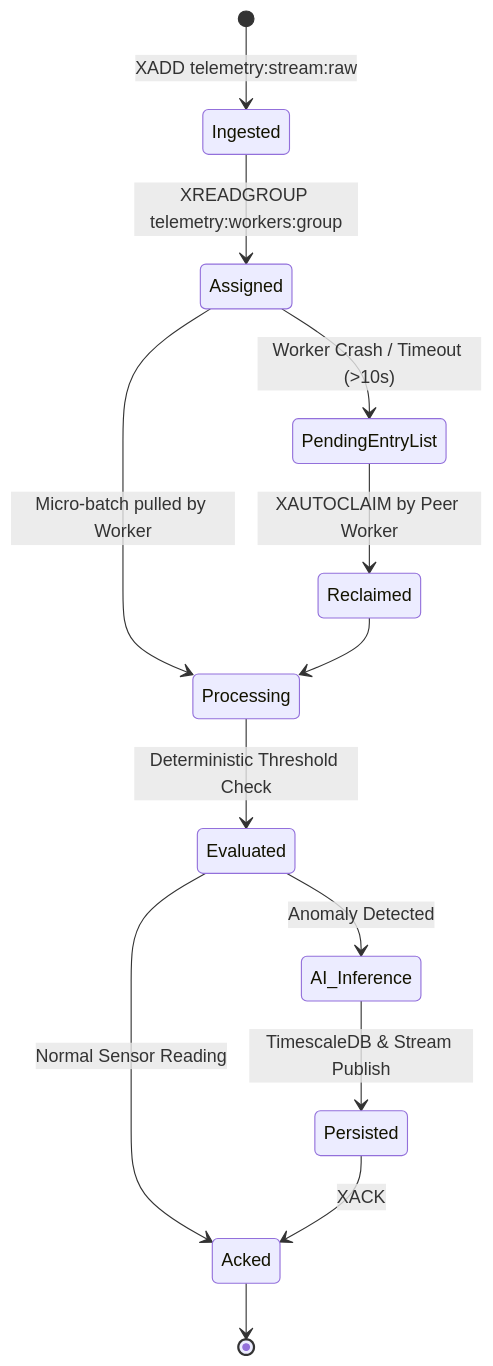
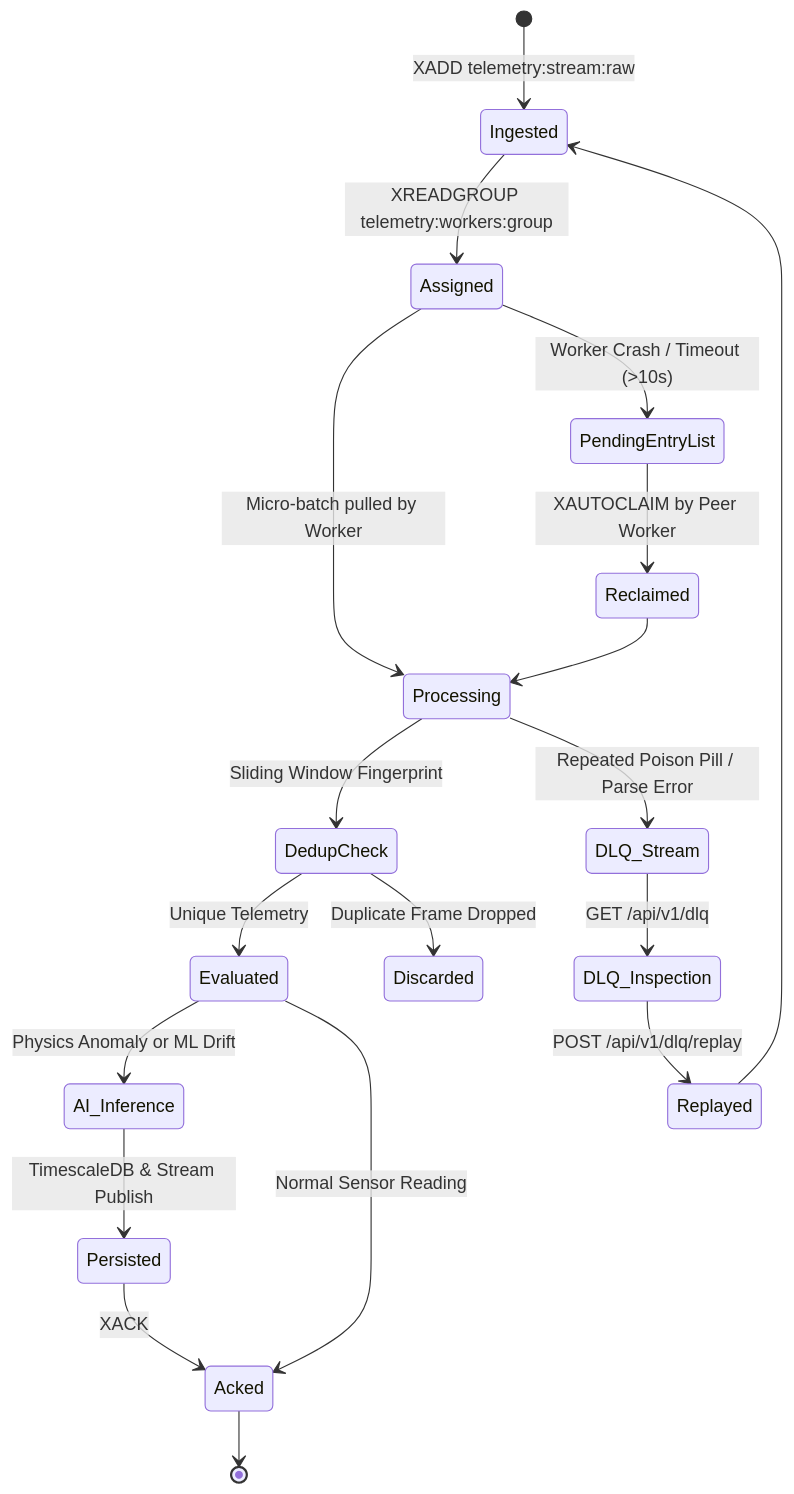
Before and after one commit to Greybeard00007/event-driven-telemetry-mesh: the second of 2 diagrams in README.md, drawn with Mermaid. The commit also changed other lines of this file and 19 other files, not shown here.

Commit message:
feat: add industrial protocols (WITS0/ETP), DLQ, dedup, streaming ML drift, vector RAG, prometheus, and audit trail

````diff
--- a/README.md
+++ b/README.md
@@ -99,16 +101,23 @@
 ```mermaid
 stateDiagram-v2
     [*] --> Ingested: XADD telemetry:stream:raw
     Ingested --> Assigned: XREADGROUP telemetry:workers:group
     Assigned --> Processing: Micro-batch pulled by Worker
-    Processing --> Evaluated: Deterministic Threshold Check
-    Evaluated --> AI_Inference: Anomaly Detected
+    Processing --> DedupCheck: Sliding Window Fingerprint
+    DedupCheck --> Evaluated: Unique Telemetry
+    DedupCheck --> Discarded: Duplicate Frame Dropped
+    Evaluated --> AI_Inference: Physics Anomaly or ML Drift
     Evaluated --> Acked: Normal Sensor Reading
     AI_Inference --> Persisted: TimescaleDB & Stream Publish
     Persisted --> Acked: XACK
     Acked --> [*]
 
     Assigned --> PendingEntryList: Worker Crash / Timeout (>10s)
     PendingEntryList --> Reclaimed: XAUTOCLAIM by Peer Worker
     Reclaimed --> Processing
+
+    Processing --> DLQ_Stream: Repeated Poison Pill / Parse Error
+    DLQ_Stream --> DLQ_Inspection: GET /api/v1/dlq
+    DLQ_Inspection --> Replayed: POST /api/v1/dlq/replay
+    Replayed --> Ingested
 ```
````
